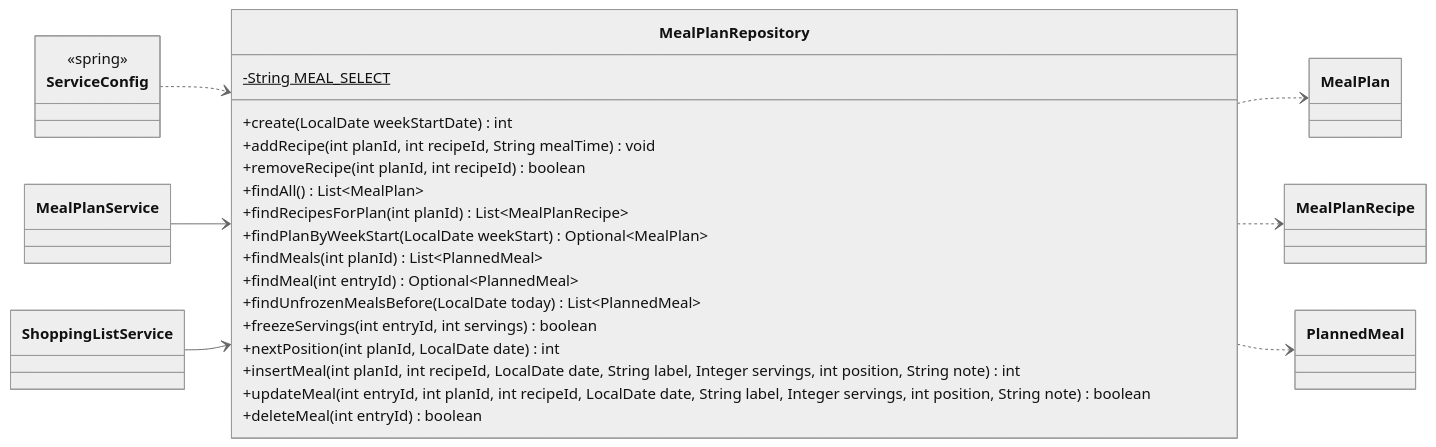
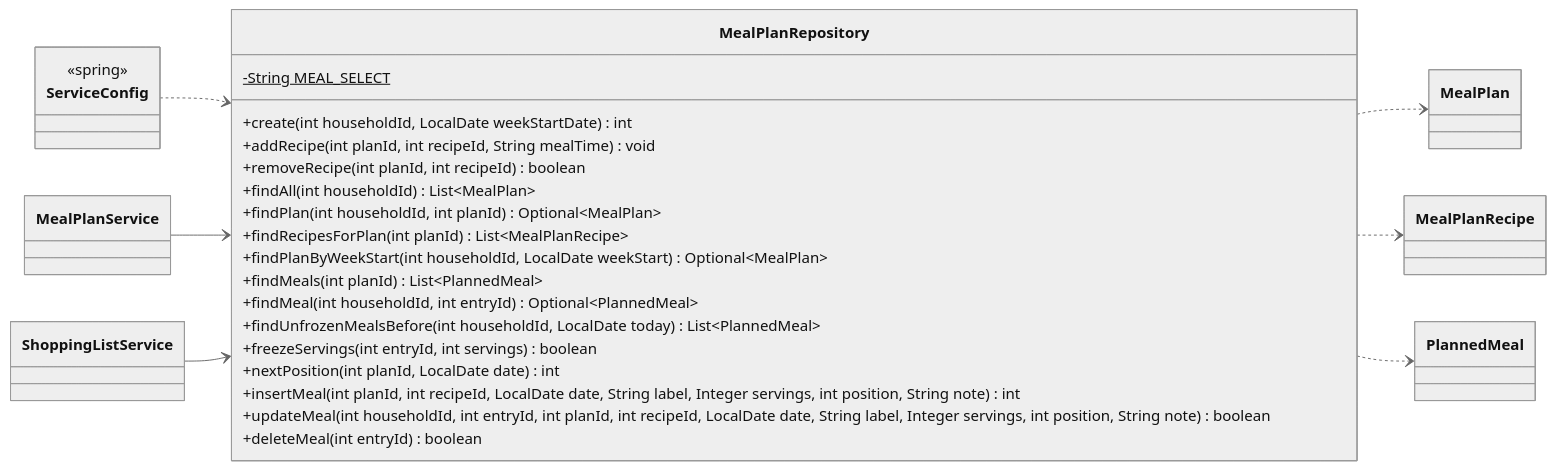
The fifth of 26 diagrams in docs/classes/mealplanner.md (Nate-ryan-7690/dahaem), drawn with Mermaid (neutral theme) before and after one commit. The commit also changed other lines of this file and 4 other files, not shown here.

````diff
--- a/docs/classes/mealplanner.md
+++ b/docs/classes/mealplanner.md
@@ -301,35 +301,36 @@
 ```mermaid
 classDiagram
     direction LR
     class mealplanner_MealPlanRepository["MealPlanRepository"] {
-        +create(LocalDate weekStartDate) int
+        +create(int householdId, LocalDate weekStartDate) int
         +addRecipe(int planId, int recipeId, String mealTime) void
         +removeRecipe(int planId, int recipeId) boolean
-        +findAll() List~MealPlan~
+        +findAll(int householdId) List~MealPlan~
+        +findPlan(int householdId, int planId) Optional~MealPlan~
         +findRecipesForPlan(int planId) List~MealPlanRecipe~
         -String MEAL_SELECT$
-        +findPlanByWeekStart(LocalDate weekStart) Optional~MealPlan~
+        +findPlanByWeekStart(int householdId, LocalDate weekStart) Optional~MealPlan~
         +findMeals(int planId) List~PlannedMeal~
-        +findMeal(int entryId) Optional~PlannedMeal~
-        +findUnfrozenMealsBefore(LocalDate today) List~PlannedMeal~
+        +findMeal(int householdId, int entryId) Optional~PlannedMeal~
+        +findUnfrozenMealsBefore(int householdId, LocalDate today) List~PlannedMeal~
         +freezeServings(int entryId, int servings) boolean
         +nextPosition(int planId, LocalDate date) int
         +insertMeal(int planId, int recipeId, LocalDate date, String label, Integer servings, int position, String note) int
-        +updateMeal(int entryId, int planId, int recipeId, LocalDate date, String label, Integer servings, int position, String note) boolean
+        +updateMeal(int householdId, int entryId, int planId, int recipeId, LocalDate date, String label, Integer servings, int position, String note) boolean
         +deleteMeal(int entryId) boolean
     }
     class mealplanner_MealPlanService["MealPlanService"]
     class shopping_ShoppingListService["ShoppingListService"]
     class mealplanner_MealPlan["MealPlan"]
     class mealplanner_MealPlanRecipe["MealPlanRecipe"]
     class mealplanner_PlannedMeal["PlannedMeal"]
     class api_ServiceConfig["ServiceConfig"] {
         <<spring>>
     }
     mealplanner_MealPlanRepository ..> mealplanner_MealPlan
     mealplanner_MealPlanRepository ..> mealplanner_MealPlanRecipe
     mealplanner_MealPlanRepository ..> mealplanner_PlannedMeal
     api_ServiceConfig ..> mealplanner_MealPlanRepository
     mealplanner_MealPlanService --> mealplanner_MealPlanRepository
     shopping_ShoppingListService --> mealplanner_MealPlanRepository
 ```
````
